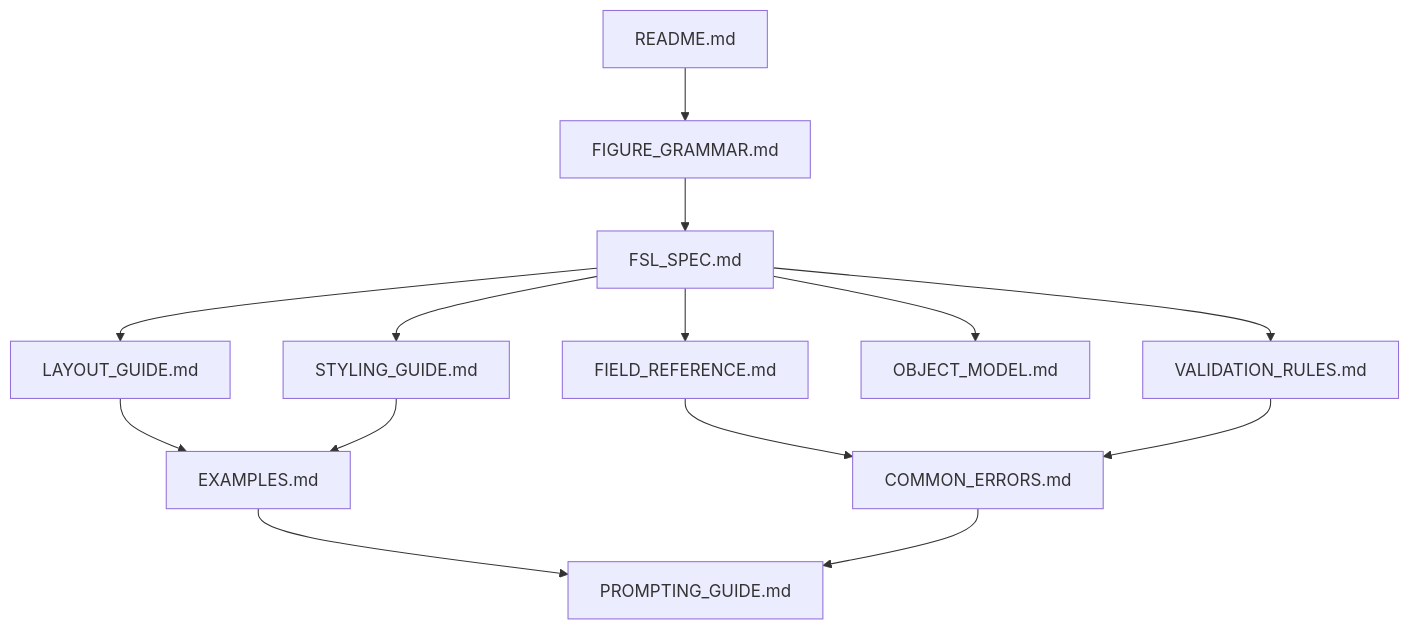
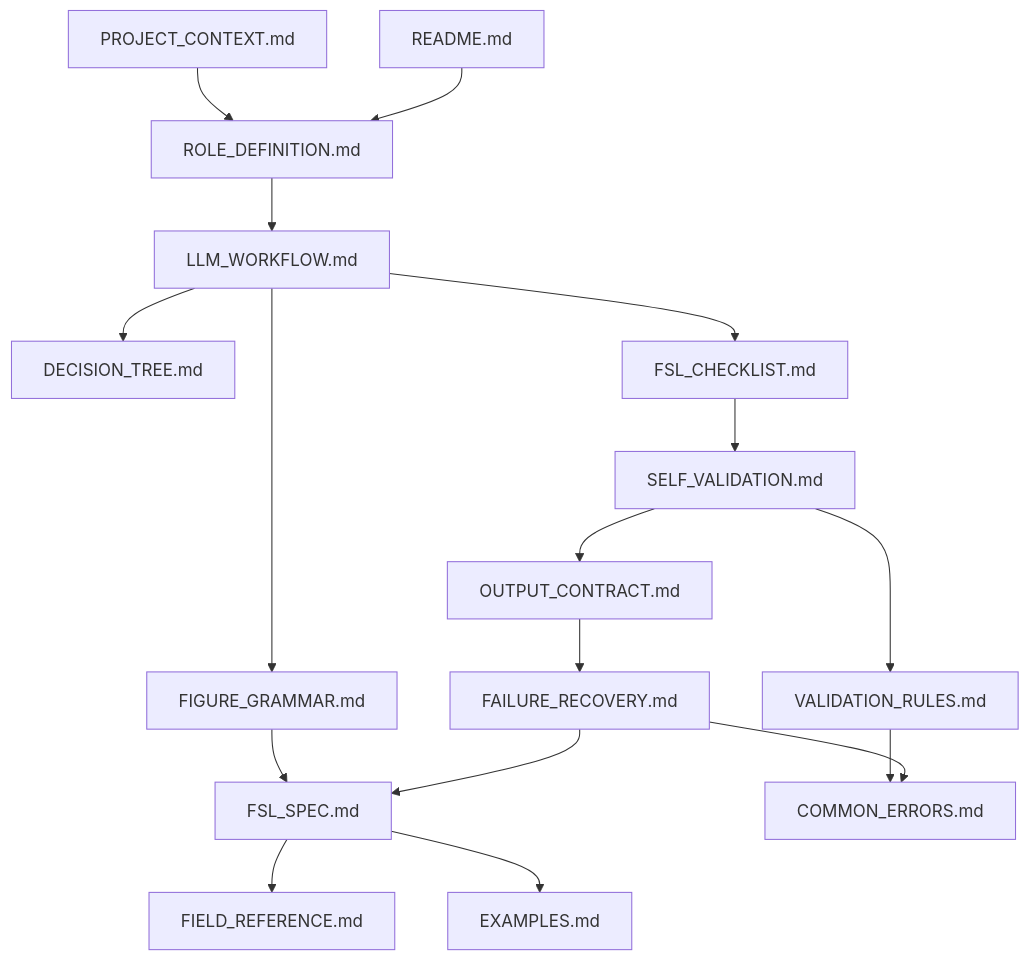
Before and after one commit to insight2017aquib/MedicinalChemistryFigureDesigner: the diagram in specs/README.md, drawn with Mermaid. The commit also changed other lines of this file and 15 other files, not shown here.

````diff
--- a/specs/README.md
+++ b/specs/README.md
@@ -68,16 +87,35 @@
 ```mermaid
 flowchart TD
-    README[README.md] --> Grammar[FIGURE_GRAMMAR.md]
-    Grammar --> Spec[FSL_SPEC.md]
-    Spec --> Fields[FIELD_REFERENCE.md]
-    Spec --> Layout[LAYOUT_GUIDE.md]
-    Spec --> Style[STYLING_GUIDE.md]
-    Spec --> Object[OBJECT_MODEL.md]
-    Fields --> Errors[COMMON_ERRORS.md]
-    Layout --> Examples[EXAMPLES.md]
-    Style --> Examples
-    Spec --> Validation[VALIDATION_RULES.md]
+    PC[PROJECT_CONTEXT.md]
+    README[README.md]
+    Role[ROLE_DEFINITION.md]
+    Workflow[LLM_WORKFLOW.md]
+    Tree[DECISION_TREE.md]
+    Check[FSL_CHECKLIST.md]
+    Self[SELF_VALIDATION.md]
+    Contract[OUTPUT_CONTRACT.md]
+    Recovery[FAILURE_RECOVERY.md]
+    Grammar[FIGURE_GRAMMAR.md]
+    Spec[FSL_SPEC.md]
+    Fields[FIELD_REFERENCE.md]
+    Examples[EXAMPLES.md]
+    Errors[COMMON_ERRORS.md]
+    Validation[VALIDATION_RULES.md]
+
+    PC --> Role
+    README --> Role
+    Role --> Workflow
+    Workflow --> Tree
+    Workflow --> Grammar
+    Grammar --> Spec
+    Spec --> Fields
+    Spec --> Examples
+    Workflow --> Check
+    Check --> Self
+    Self --> Contract
+    Self --> Validation
     Validation --> Errors
-    Examples --> Prompting[PROMPTING_GUIDE.md]
-    Errors --> Prompting
+    Contract --> Recovery
+    Recovery --> Errors
+    Recovery --> Spec
 ```
````
